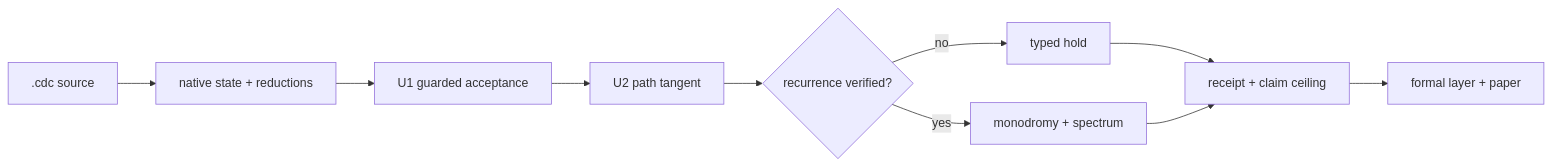
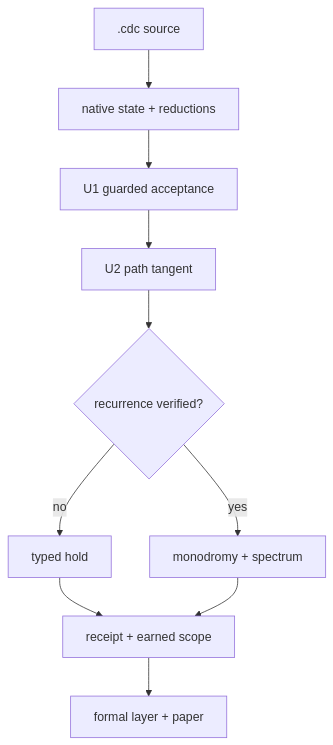
The diagram in README.md (ETEllis/BiDi), drawn with Mermaid before and after one commit. The commit also changed other lines of this file and 10 other files, not shown here.

````diff
--- a/README.md
+++ b/README.md
@@ -41,12 +36,12 @@
 ```mermaid
-flowchart LR
+flowchart TD
     Source[".cdc source"] --> Runtime["native state + reductions"]
     Runtime --> U1["U1 guarded acceptance"]
     U1 --> U2["U2 path tangent"]
     U2 --> Gate{"recurrence verified?"}
     Gate -->|no| Hold["typed hold"]
     Gate -->|yes| Spectrum["monodromy + spectrum"]
-    Hold --> ReceiptNode["receipt + claim ceiling"];
+    Hold --> ReceiptNode["receipt + earned scope"];
     ReceiptNode --> Paper["formal layer + paper"];
     Spectrum --> ReceiptNode;
 ```
````
